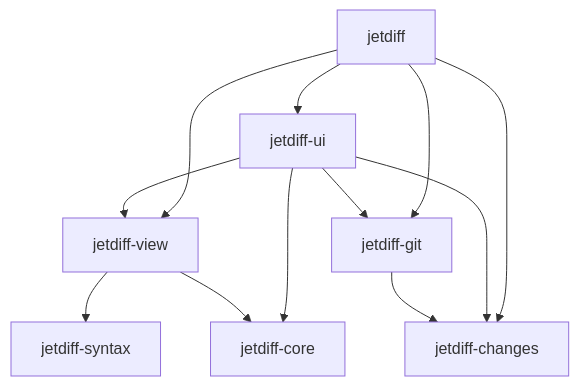
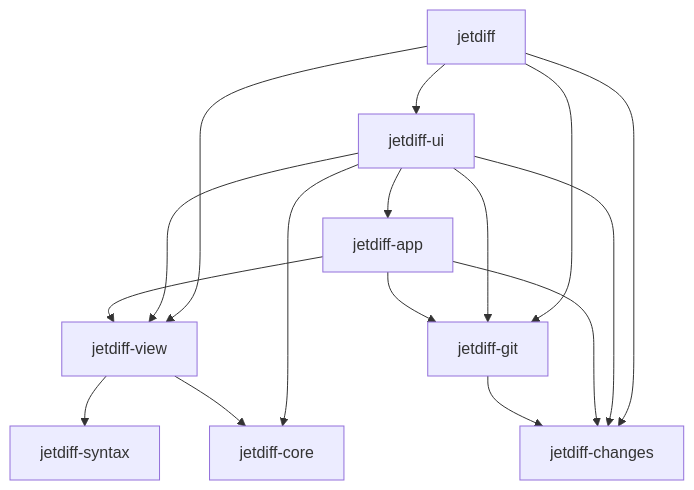
Before and after one commit to akemkers/jetdiff: the diagram in README.md, drawn with Mermaid. The commit also changed other lines of this file and 2 other files, not shown here.

Commit message:
Dokumenter hva jetdiff-app eier

````diff
--- a/README.md
+++ b/README.md
@@ -102,14 +102,18 @@
 ```mermaid
 graph TD
     jetdiff --> ui[jetdiff-ui]
     jetdiff --> view[jetdiff-view]
     jetdiff --> git[jetdiff-git]
     jetdiff --> changes[jetdiff-changes]
+    ui --> app[jetdiff-app]
     ui --> view
     ui --> git
     ui --> changes
     ui --> core[jetdiff-core]
+    app --> view
+    app --> git
+    app --> changes
     view --> core
     view --> syntax[jetdiff-syntax]
     git --> changes
 ```
````
